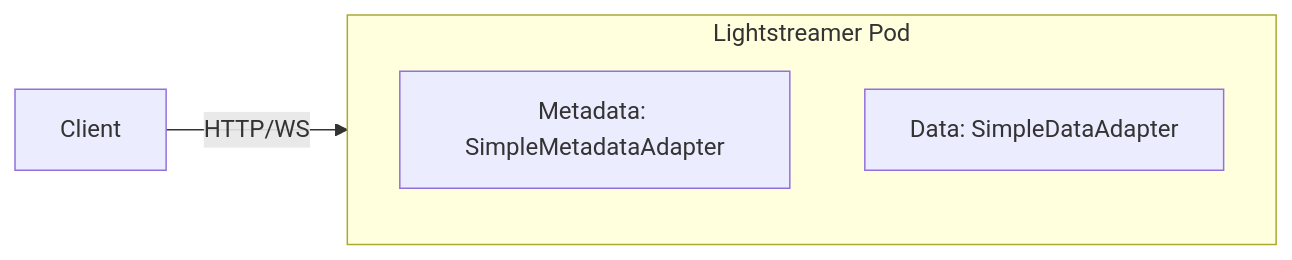
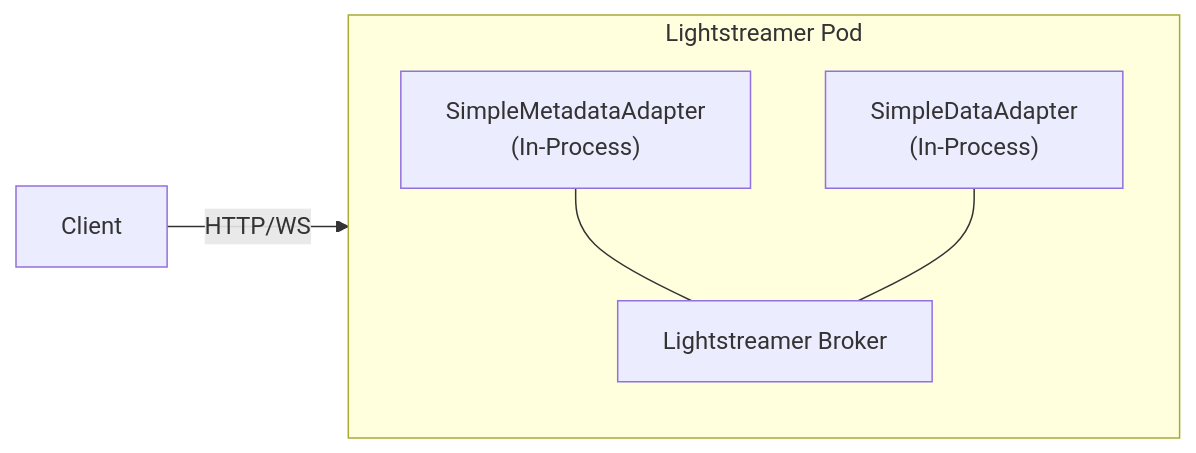
One commit to Lightstreamer/helm-charts changed the diagram in examples/in-process-adapters/README.md. Above: the diagram before and after it, drawn with Mermaid.

Commit message:
Update README.md for In-Process Adapter example: enhance architecture diagram with clearer component relationships

````diff
--- a/examples/in-process-adapters/README.md
+++ b/examples/in-process-adapters/README.md
@@ -7,9 +7,12 @@
 ```mermaid
 flowchart LR
-  subgraph LS["Lightstreamer Pod"]
+  subgraph Pod["Lightstreamer Pod"]
     direction TB
-    M["Metadata: SimpleMetadataAdapter"]
-    D["Data: SimpleDataAdapter"]
+    LS["Lightstreamer Broker"]
+    M["SimpleMetadataAdapter<br/>(In-Process)"]
+    D["SimpleDataAdapter<br/>(In-Process)"]
+    M --- LS
+    D --- LS
   end
   C["Client"] -- "HTTP/WS" --> LS
 ```
````
